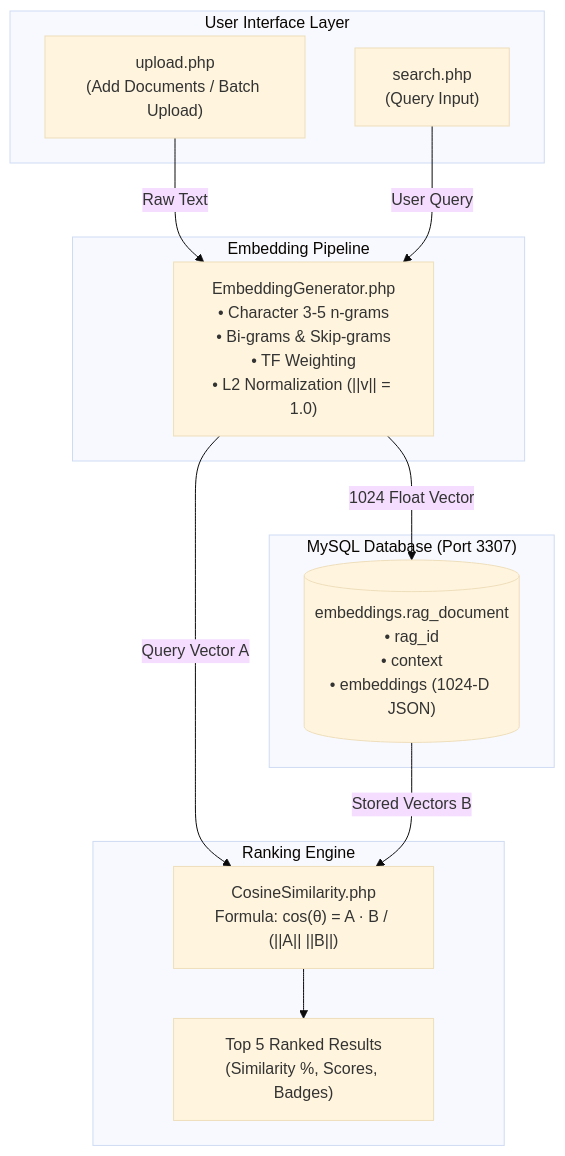
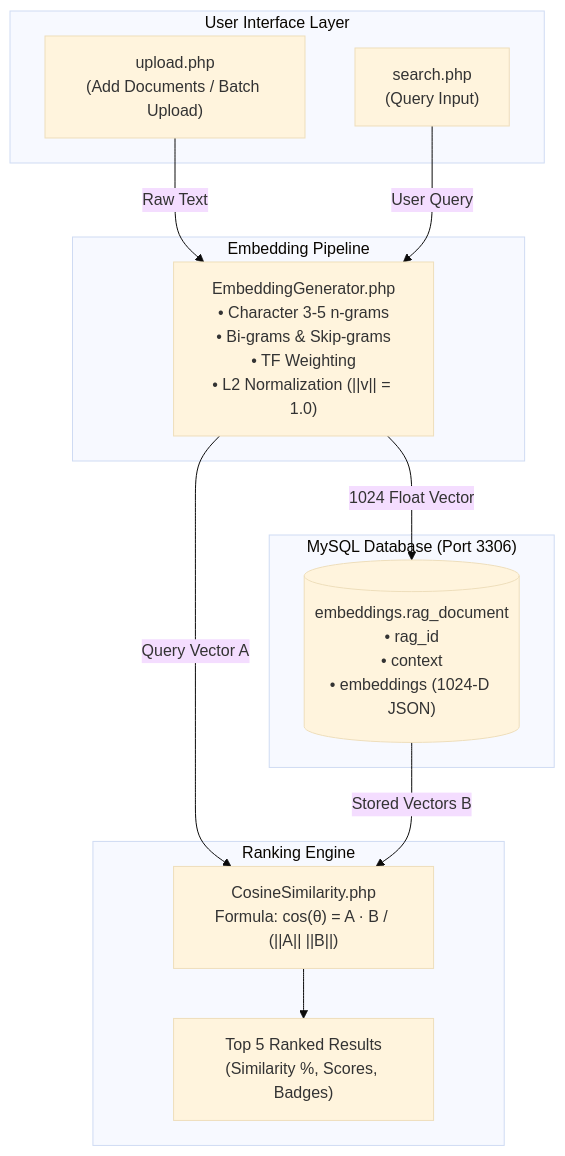
Before and after one commit to Coderstation-Net/Coderstation-Embeddings: the diagram in README.md, drawn with Mermaid (base theme). The commit also changed other lines of this file, not shown here.

````diff
--- a/README.md
+++ b/README.md
@@ -52,27 +52,27 @@
 ```mermaid
 flowchart TD
     subgraph UI ["User Interface Layer"]
         UP["upload.php<br/>(Add Documents / Batch Upload)"]
         SP["search.php<br/>(Query Input)"]
     end
 
     subgraph ENGINE ["Embedding Pipeline"]
         EG["EmbeddingGenerator.php<br/>• Character 3-5 n-grams<br/>• Bi-grams & Skip-grams<br/>• TF Weighting<br/>• L2 Normalization (||v|| = 1.0)"]
     end
 
-    subgraph DB ["MySQL Database (Port 3307)"]
+    subgraph DB ["MySQL Database (Port 3306)"]
         RD[("embeddings.rag_document<br/>• rag_id<br/>• context<br/>• embeddings (1024-D JSON)")]
     end
 
     subgraph SIM ["Ranking Engine"]
         CS["CosineSimilarity.php<br/>Formula: cos(θ) = A · B / (||A|| ||B||)"]
         TOP5["Top 5 Ranked Results<br/>(Similarity %, Scores, Badges)"]
     end
 
     UP -->|Raw Text| EG
     EG -->|1024 Float Vector| RD
     SP -->|User Query| EG
     EG -->|Query Vector A| CS
     RD -->|Stored Vectors B| CS
     CS --> TOP5
 ```
````
